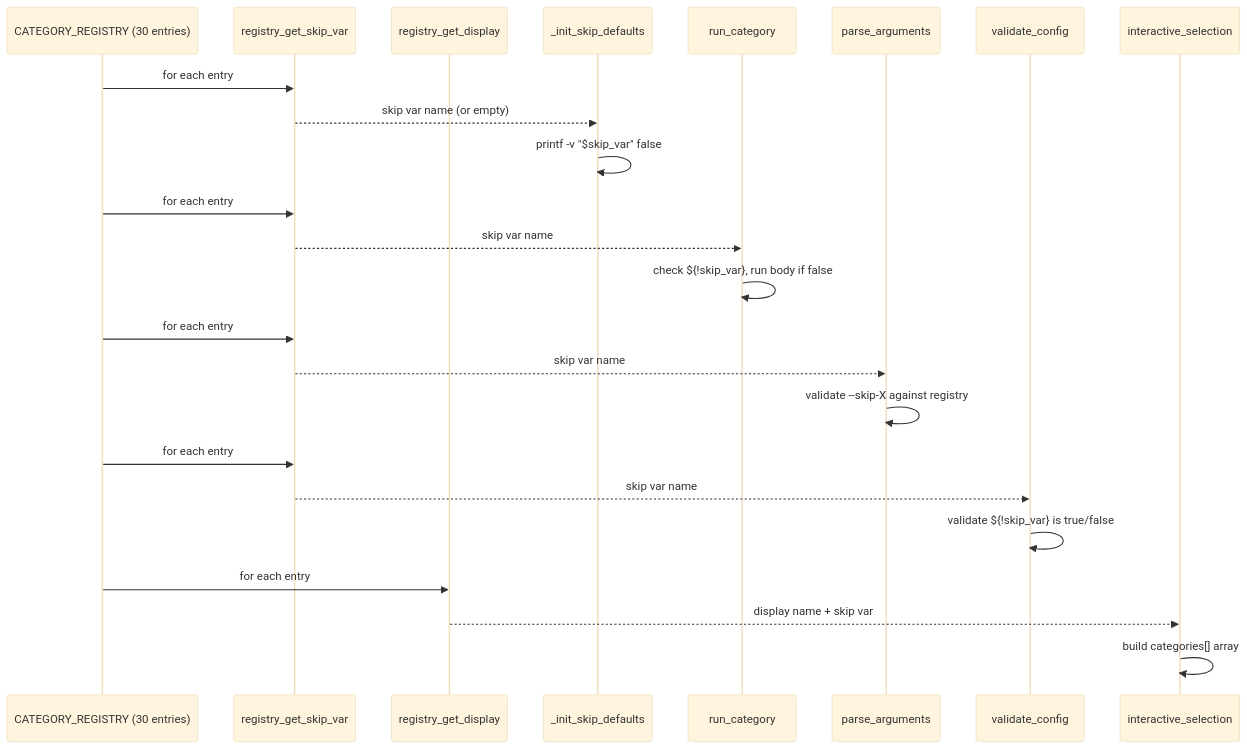
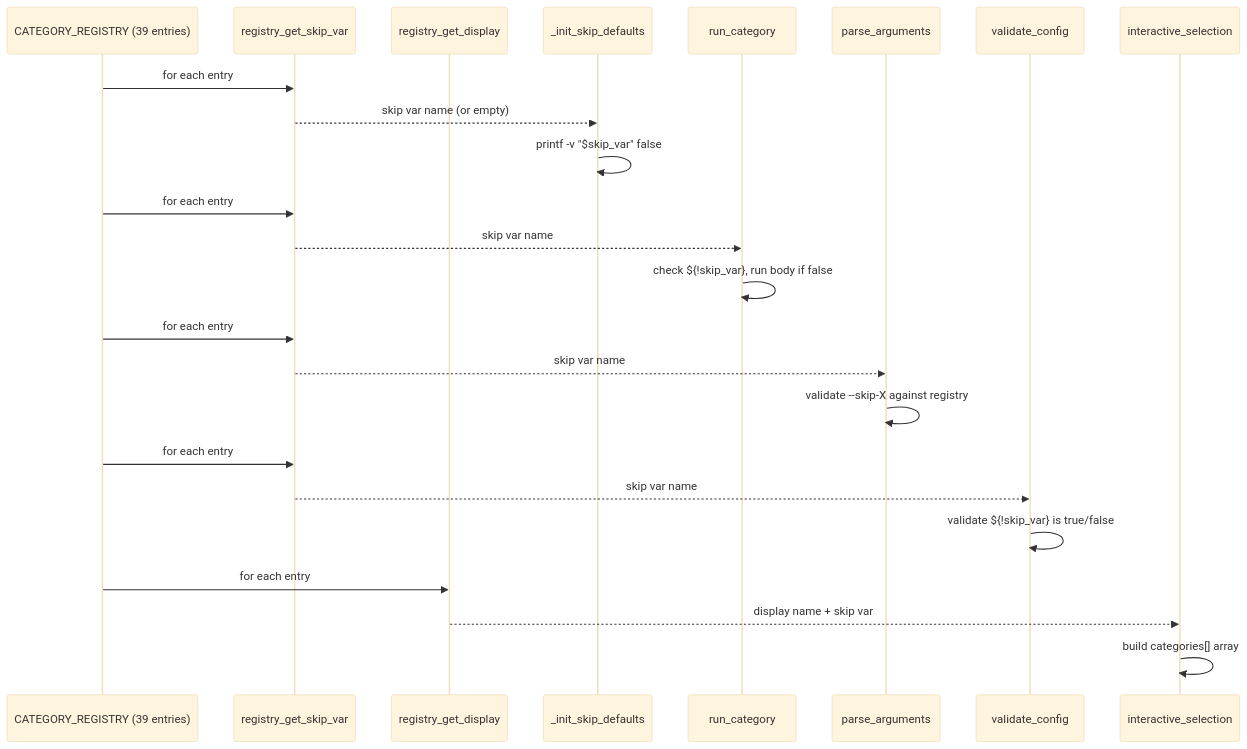
Before and after one commit to Carme99/MacCleans.sh: the first of 2 diagrams in docs/contributing/developer-guide.md, drawn with Mermaid (base theme). The commit also changed other lines of this file and 14 other files, not shown here.

````diff
--- a/docs/contributing/developer-guide.md
+++ b/docs/contributing/developer-guide.md
@@ -7,26 +7,26 @@
 ```mermaid
 sequenceDiagram
-    participant CR as CATEGORY_REGISTRY (30 entries)
+    participant CR as CATEGORY_REGISTRY (39 entries)
     participant ID as registry_get_skip_var
     participant ID2 as registry_get_display
     participant Init as _init_skip_defaults
     participant RC as run_category
     participant Parse as parse_arguments
     participant Val as validate_config
     participant Menu as interactive_selection
     CR->>ID: for each entry
     ID-->>Init: skip var name (or empty)
     Init->>Init: printf -v "$skip_var" false
     CR->>ID: for each entry
     ID-->>RC: skip var name
     RC->>RC: check ${!skip_var}, run body if false
     CR->>ID: for each entry
     ID-->>Parse: skip var name
     Parse->>Parse: validate --skip-X against registry
     CR->>ID: for each entry
     ID-->>Val: skip var name
     Val->>Val: validate ${!skip_var} is true/false
     CR->>ID2: for each entry
     ID2-->>Menu: display name + skip var
     Menu->>Menu: build categories[] array
 ```
````
